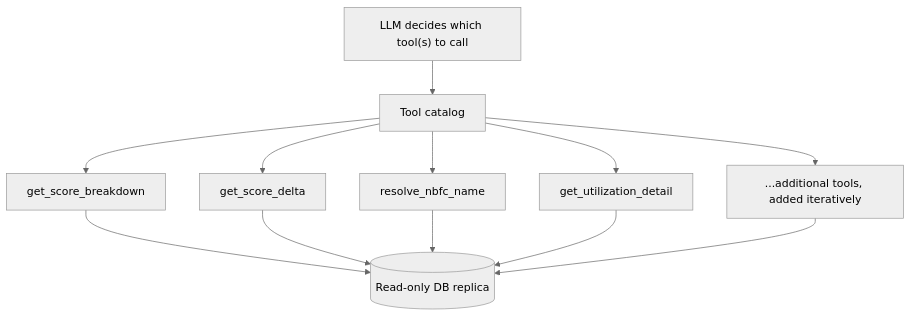
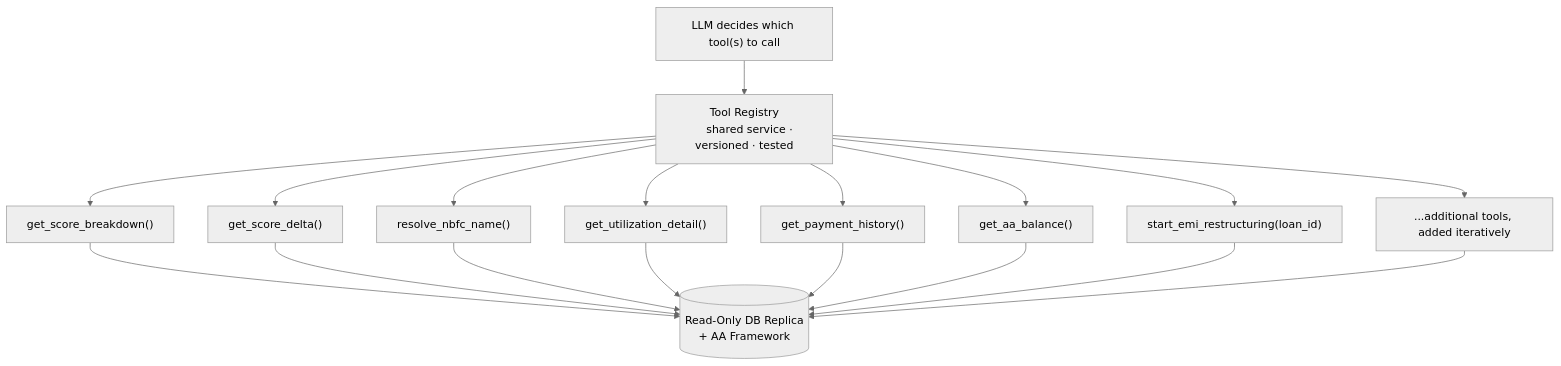
Before and after one commit to cozmox-projects/good-score-ai-system: the seventh of 11 diagrams in 1. Overall Architecture/technical_architecture_HLD.md, drawn with Mermaid (neutral theme). The commit also changed other lines of this file, not shown here.

Commit message:
Updated the Technical Architecture document to cleaned up version

````diff
--- a/1. Overall Architecture/technical_architecture_HLD.md
+++ b/1. Overall Architecture/technical_architecture_HLD.md
@@ -100,10 +513,15 @@
 ```mermaid
 flowchart TB
-    LLMCALL["LLM decides which tool(s) to call"] --> CATALOG["Tool catalog"]
-    CATALOG --> T1["get_score_breakdown"]
-    CATALOG --> T2["get_score_delta"]
-    CATALOG --> T3["resolve_nbfc_name"]
-    CATALOG --> T4["get_utilization_detail"]
-    CATALOG --> T5["...additional tools, added iteratively"]
-    T1 & T2 & T3 & T4 & T5 --> DB[("Read-only DB replica")]
+    LLMCALL["LLM decides which tool(s) to call"] --> CATALOG["Tool Registry
+    shared service · versioned · tested"]
+    CATALOG --> T1["get_score_breakdown()"]
+    CATALOG --> T2["get_score_delta()"]
+    CATALOG --> T3["resolve_nbfc_name()"]
+    CATALOG --> T4["get_utilization_detail()"]
+    CATALOG --> T5["get_payment_history()"]
+    CATALOG --> T6["get_aa_balance()"]
+    CATALOG --> T7["start_emi_restructuring(loan_id)"]
+    CATALOG --> TN["...additional tools, added iteratively"]
+    T1 & T2 & T3 & T4 & T5 & T6 & T7 & TN --> DB[("Read-Only DB Replica
+    + AA Framework")]
 ```
````
